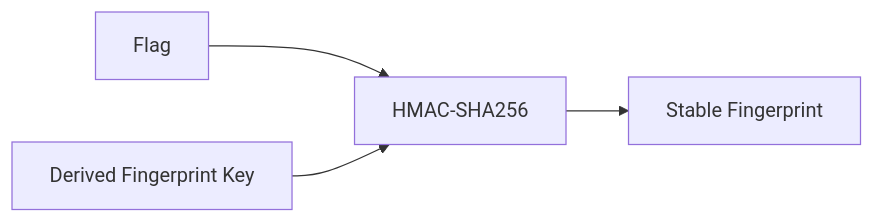
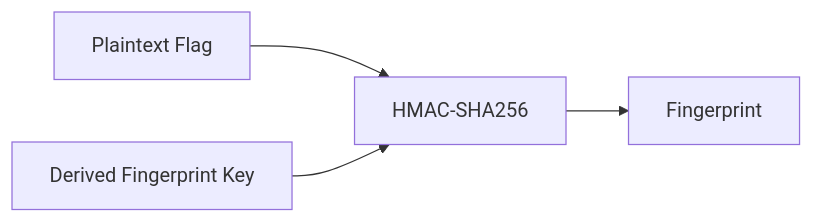
One commit to Denis-Krueger-labs/MOTH changed the fourth of 12 diagrams in README.md. Above: the diagram before and after it, drawn with Mermaid. The commit also changed other lines of this file and 2 other files, not shown here.

Commit message:
mof documented the nest and wired the flag path

````diff
--- a/README.md
+++ b/README.md
@@ -200,6 +209,6 @@
 ```mermaid
 flowchart LR
-    F[Flag] --> H[HMAC-SHA256]
+    F[Plaintext Flag] --> H[HMAC-SHA256]
     K[Derived Fingerprint Key] --> H
-    H --> P[Stable Fingerprint]
+    H --> FP[Fingerprint]
 ```
````
